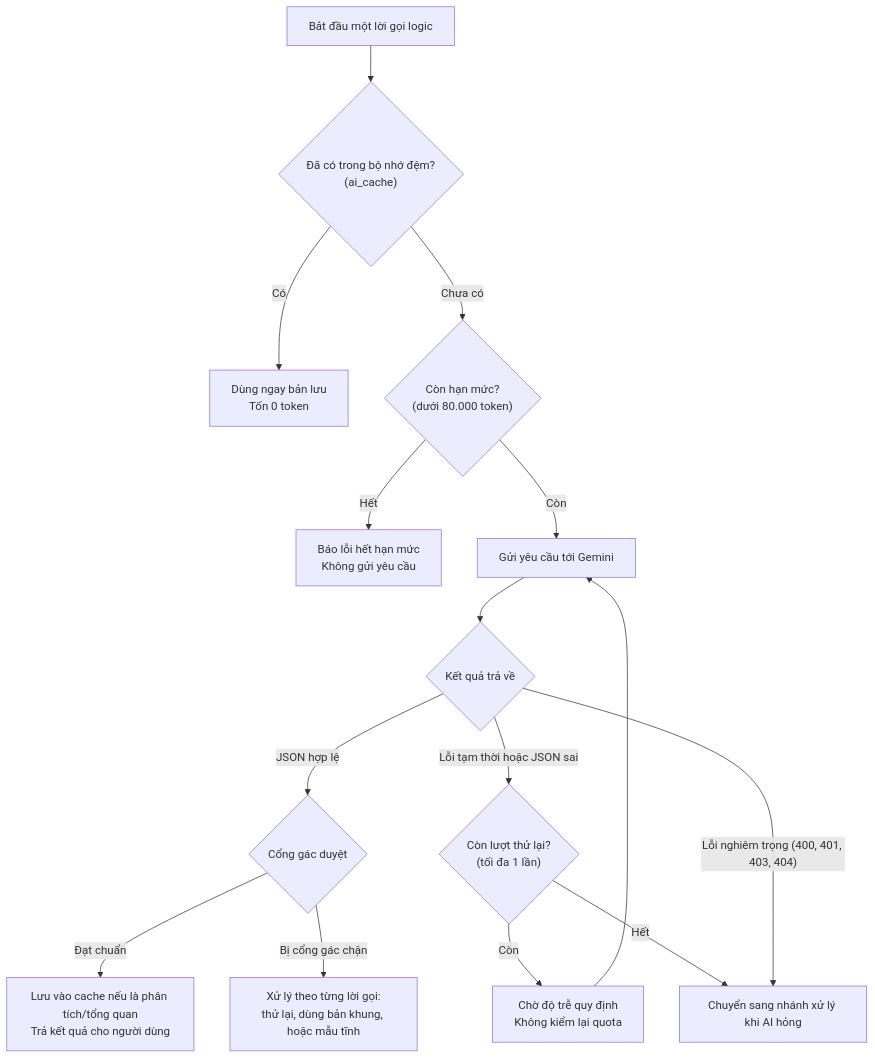
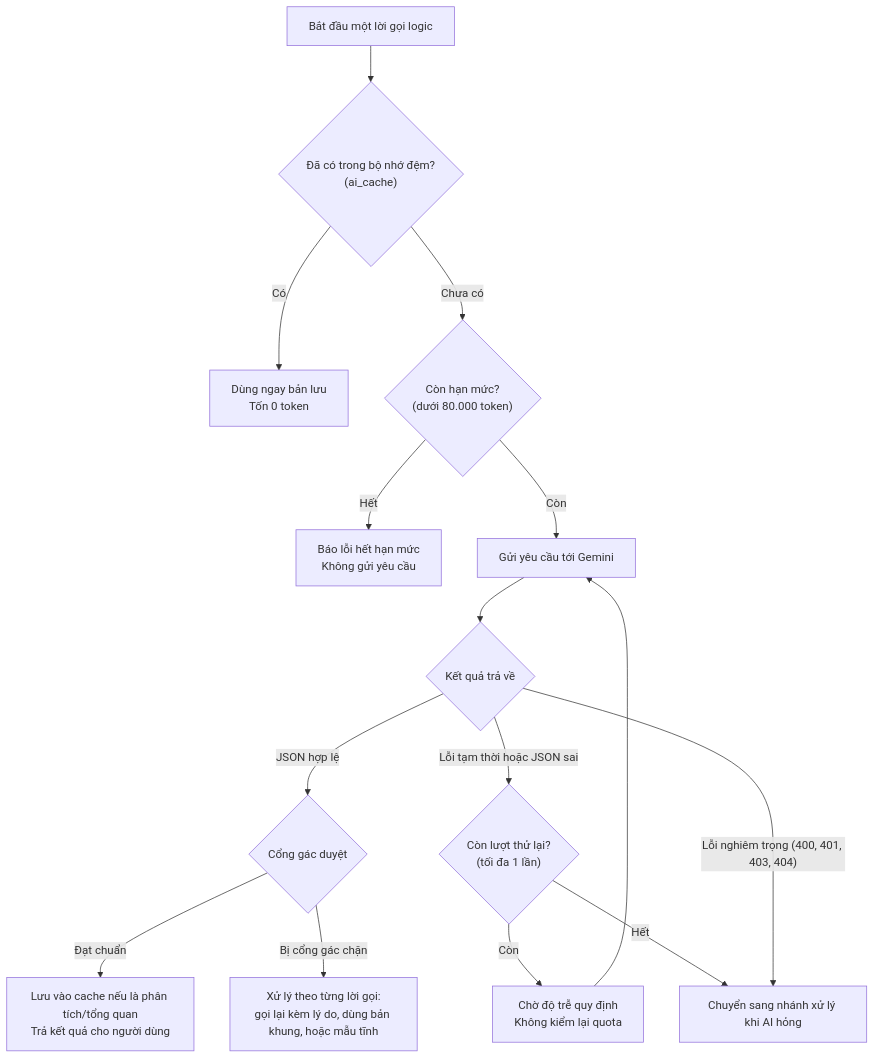
Before and after one commit to huynhthanhnhannnh-pixel/Hackathon_SGU: the second of 5 diagrams in doc-de-hieu/03_ai_va_cong_gac.md, drawn with Mermaid. The commit also changed other lines of this file and 14 other files, not shown here.

````diff
--- a/doc-de-hieu/03_ai_va_cong_gac.md
+++ b/doc-de-hieu/03_ai_va_cong_gac.md
@@ -68,16 +68,16 @@
 ```mermaid
 flowchart TD
   START["Bắt đầu một lời gọi logic"] --> CACHE_CHECK{"Đã có trong bộ nhớ đệm?<br/>(ai_cache)"}
   CACHE_CHECK -- "Có" --> USE_CACHE["Dùng ngay bản lưu<br/>Tốn 0 token"]
   CACHE_CHECK -- "Chưa có" --> QUOTA_CHECK{"Còn hạn mức?<br/>(dưới 80.000 token)"}
   QUOTA_CHECK -- "Hết" --> ERR_QUOTA["Báo lỗi hết hạn mức<br/>Không gửi yêu cầu"]
   QUOTA_CHECK -- "Còn" --> CALL["Gửi yêu cầu tới Gemini"]
   CALL --> RESULT{"Kết quả trả về"}
   RESULT -- "JSON hợp lệ" --> GATE{"Cổng gác duyệt"}
   GATE -- "Đạt chuẩn" --> SUCCESS["Lưu vào cache nếu là phân tích/tổng quan<br/>Trả kết quả cho người dùng"]
-  GATE -- "Bị cổng gác chặn" --> HANDLE_BLOCK["Xử lý theo từng lời gọi:<br/>thử lại, dùng bản khung, hoặc mẫu tĩnh"]
+  GATE -- "Bị cổng gác chặn" --> HANDLE_BLOCK["Xử lý theo từng lời gọi:<br/>gọi lại kèm lý do, dùng bản khung, hoặc mẫu tĩnh"]
   RESULT -- "Lỗi tạm thời hoặc JSON sai" --> RETRY_CHECK{"Còn lượt thử lại?<br/>(tối đa 1 lần)"}
   RETRY_CHECK -- "Còn" --> DELAY["Chờ độ trễ quy định<br/>Không kiểm lại quota"] --> CALL
   RETRY_CHECK -- "Hết" --> FAIL["Chuyển sang nhánh xử lý khi AI hỏng"]
   RESULT -- "Lỗi nghiêm trọng (400, 401, 403, 404)" --> FAIL
 ```
````
